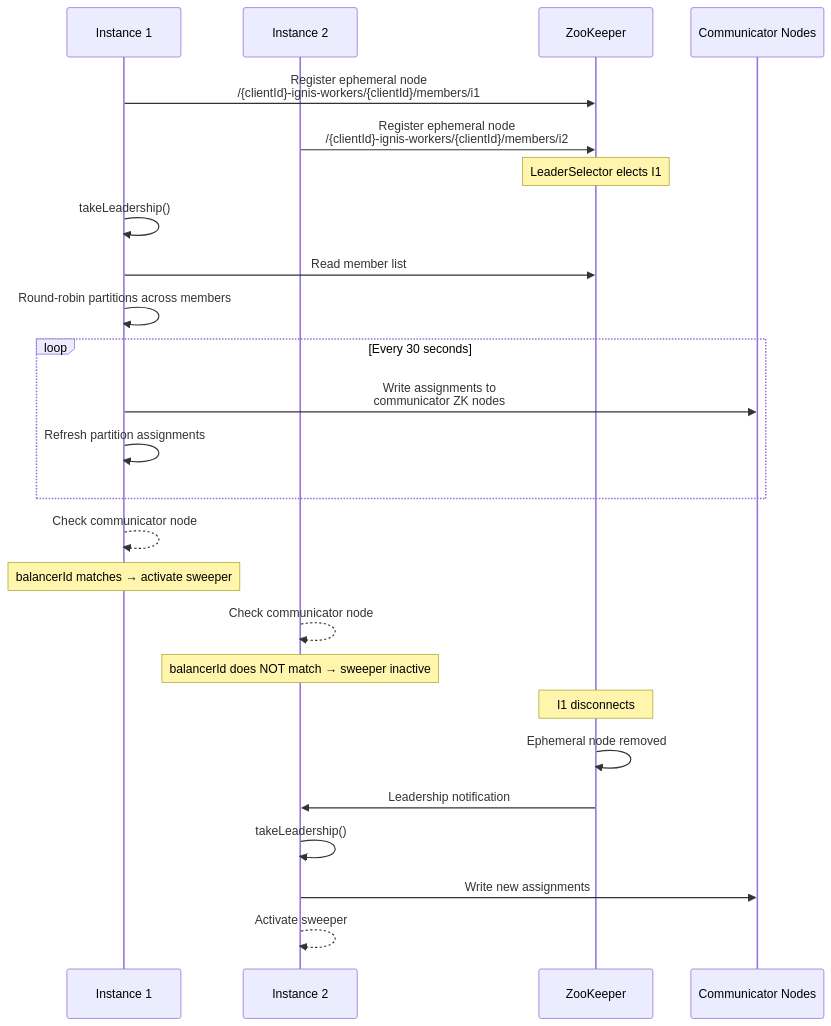
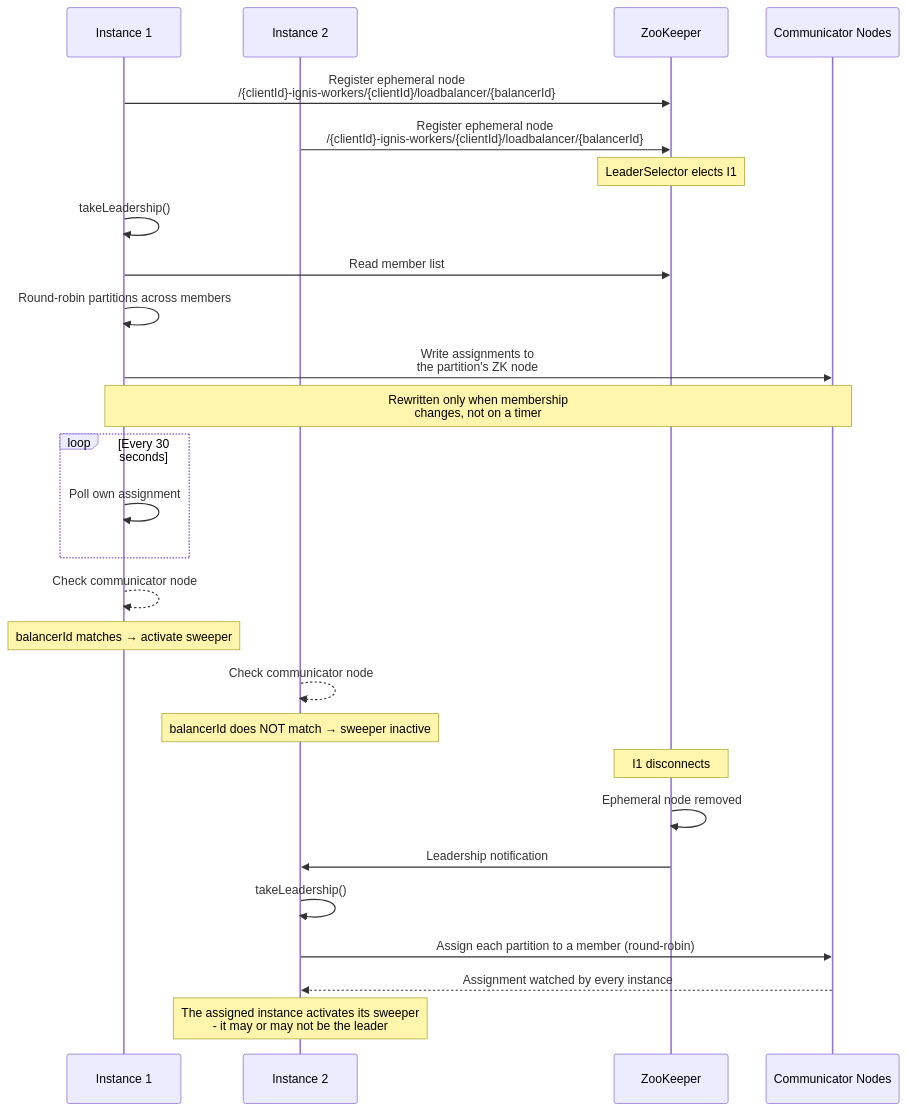
The fifth of 6 diagrams in docs/docs/core-concepts.md (PhonePe/IgnisMQ), drawn with Mermaid before and after one commit. The commit also changed other lines of this file and 39 other files, not shown here.

````diff
--- a/docs/docs/core-concepts.md
+++ b/docs/docs/core-concepts.md
@@ -221,35 +251,38 @@
 ```mermaid
 sequenceDiagram
     participant I1 as Instance 1
     participant I2 as Instance 2
     participant ZK as ZooKeeper
     participant Comm as Communicator Nodes
 
-    I1->>ZK: Register ephemeral node<br/>/{clientId}-ignis-workers/{clientId}/members/i1
-    I2->>ZK: Register ephemeral node<br/>/{clientId}-ignis-workers/{clientId}/members/i2
+    I1->>ZK: Register ephemeral node<br/>/{clientId}-ignis-workers/{clientId}/loadbalancer/{balancerId}
+    I2->>ZK: Register ephemeral node<br/>/{clientId}-ignis-workers/{clientId}/loadbalancer/{balancerId}
 
     Note over ZK: LeaderSelector elects I1
 
     I1->>I1: takeLeadership()
     I1->>ZK: Read member list
     I1->>I1: Round-robin partitions across members
 
+    I1->>Comm: Write assignments to<br/>the partition's ZK node
+    Note over I1,Comm: Rewritten only when membership<br/>changes, not on a timer
+
     loop Every 30 seconds
-        I1->>Comm: Write assignments to<br/>communicator ZK nodes
-        I1->>I1: Refresh partition assignments
+        I1->>I1: Poll own assignment
     end
 
     I1-->>I1: Check communicator node
     Note over I1: balancerId matches → activate sweeper
 
     I2-->>I2: Check communicator node
     Note over I2: balancerId does NOT match → sweeper inactive
 
     Note over ZK: I1 disconnects
 
     ZK->>ZK: Ephemeral node removed
     ZK->>I2: Leadership notification
     I2->>I2: takeLeadership()
-    I2->>Comm: Write new assignments
-    I2-->>I2: Activate sweeper
+    I2->>Comm: Assign each partition to a member (round-robin)
+    Comm-->>I2: Assignment watched by every instance
+    Note over I2: The assigned instance activates its sweeper<br/>- it may or may not be the leader
 ```
````
